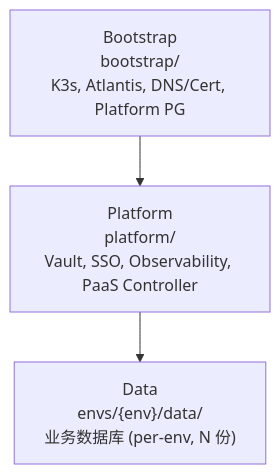
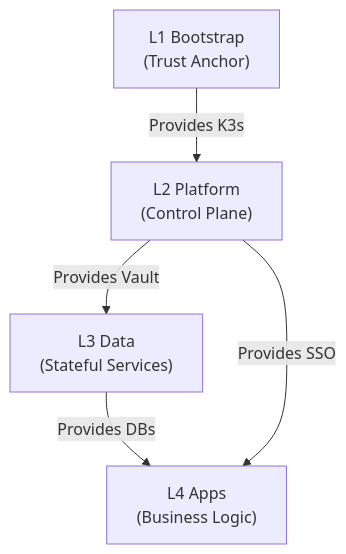
Before and after one commit to wangzitian0/infra: the diagram in docs/ssot/core.md, drawn with Mermaid. The commit also changed other lines of this file and 16 other files, not shown here.

````diff
--- a/docs/ssot/core.md
+++ b/docs/ssot/core.md
@@ -9,8 +29,12 @@
 ```mermaid
 flowchart TB
-    Bootstrap["Bootstrap<br/>bootstrap/<br/>K3s, Atlantis, DNS/Cert, Platform PG"]
-    Platform["Platform<br/>platform/<br/>Vault, SSO, Observability, PaaS Controller"]
-    Data["Data<br/>envs/{env}/data/<br/>业务数据库 (per-env, N 份)"]
+    Bootstrap["L1 Bootstrap<br/>(Trust Anchor)"]
+    Platform["L2 Platform<br/>(Control Plane)"]
+    Data["L3 Data<br/>(Stateful Services)"]
+    Apps["L4 Apps<br/>(Business Logic)"]
 
-    Bootstrap --> Platform --> Data
+    Bootstrap -->|Provides K3s| Platform
+    Platform -->|Provides Vault| Data
+    Data -->|Provides DBs| Apps
+    Platform -->|Provides SSO| Apps
 ```
````
